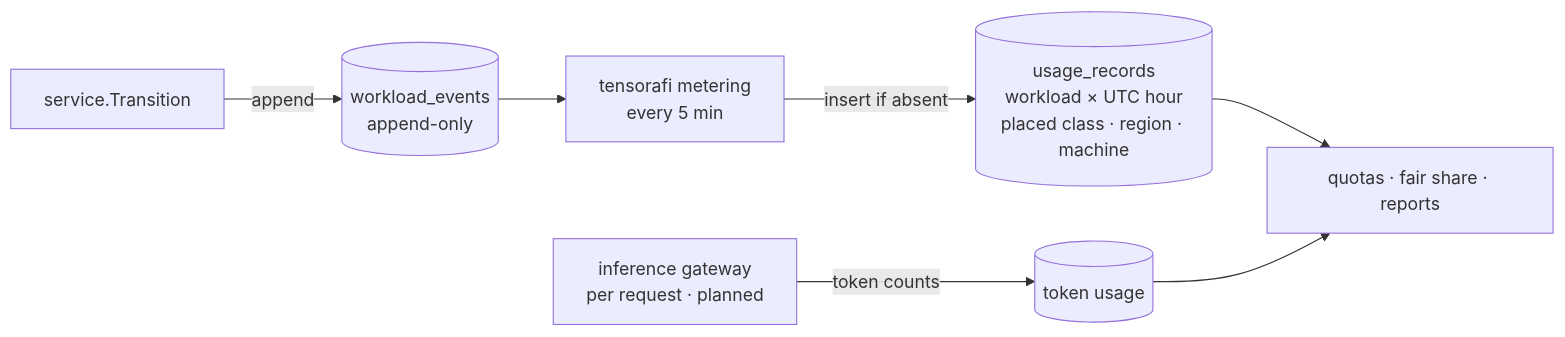
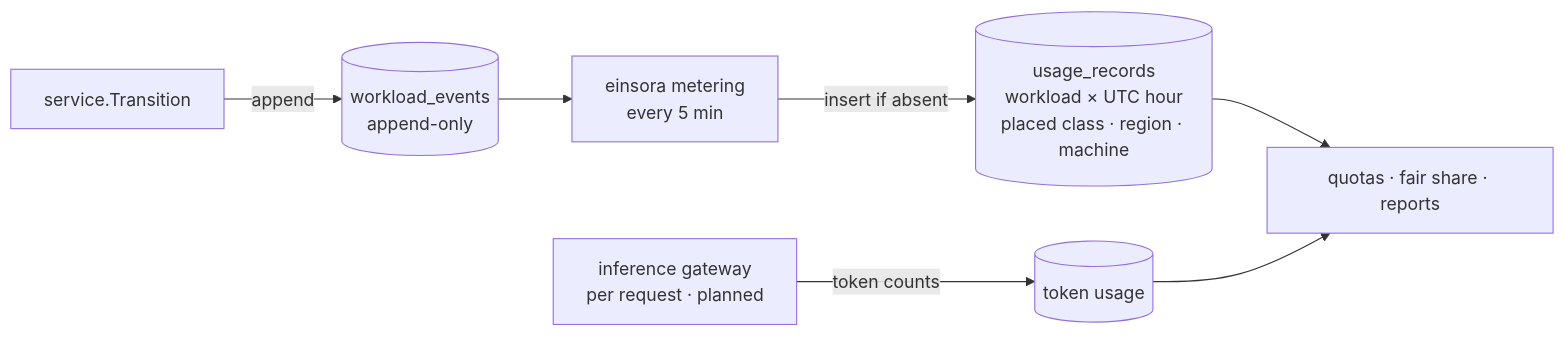
The diagram in docs/architecture/usage-accounting.md (krishnanand20/Einsora), drawn with Mermaid before and after one commit. The commit also changed other lines of this file and 215 other files, not shown here.

````diff
--- a/docs/architecture/usage-accounting.md
+++ b/docs/architecture/usage-accounting.md
@@ -27,9 +27,9 @@
 ```mermaid
 flowchart LR
   T[service.Transition] -->|append| E[(workload_events<br/>append-only)]
-  E --> M[tensorafi metering<br/>every 5 min]
+  E --> M[einsora metering<br/>every 5 min]
   M -->|insert if absent| U[(usage_records<br/>workload × UTC hour<br/>placed class · region · machine)]
   G[inference gateway<br/>per request · planned] -->|token counts| TU[(token usage)]
   U --> R[quotas · fair share · reports]
   TU --> R
 ```
````
